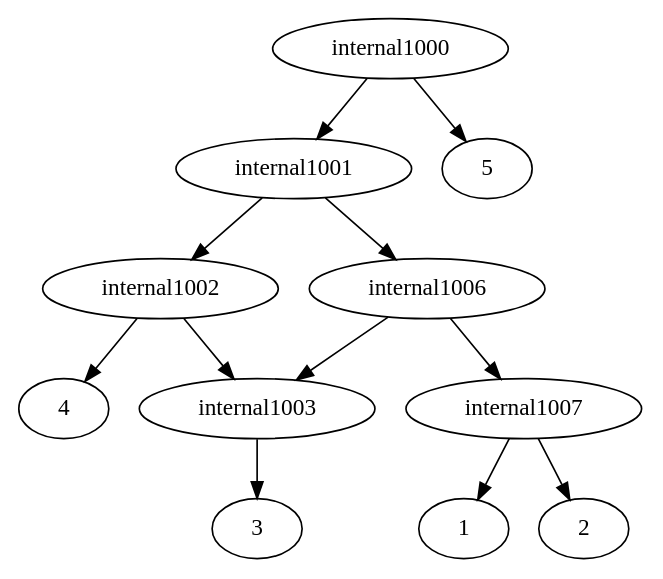
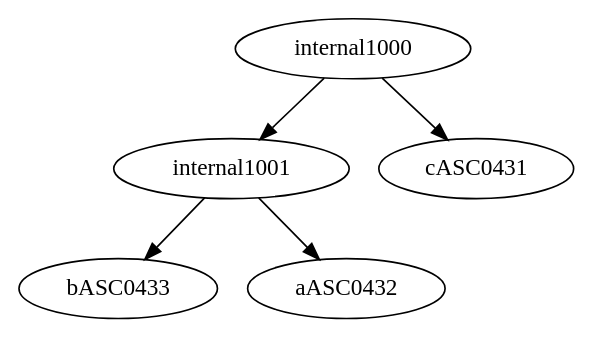
The diagram in ParsingTxt/upload.dot (iharnoor/PhylogeneticsWebsite), drawn with Graphviz before and after one commit. The commit also changed 3 other files, not shown here.

```diff
--- a/ParsingTxt/upload.dot
+++ b/ParsingTxt/upload.dot
@@ -1,14 +1,6 @@
 strict digraph G1 {
+internal1001 -> bASC0433
+internal1001 -> aASC0432
+internal1000 -> cASC0431
 internal1000 -> internal1001
-internal1000 -> 5
-internal1001 -> internal1002
-internal1001 -> internal1006
-internal1002 -> internal1003
-internal1002 -> 4
-internal1003 -> 3
-internal1006 -> internal1007
-internal1006 -> internal1003
-internal1007 -> 1
-internal1007 -> 2
-internal1003 -> 3
 }
```
